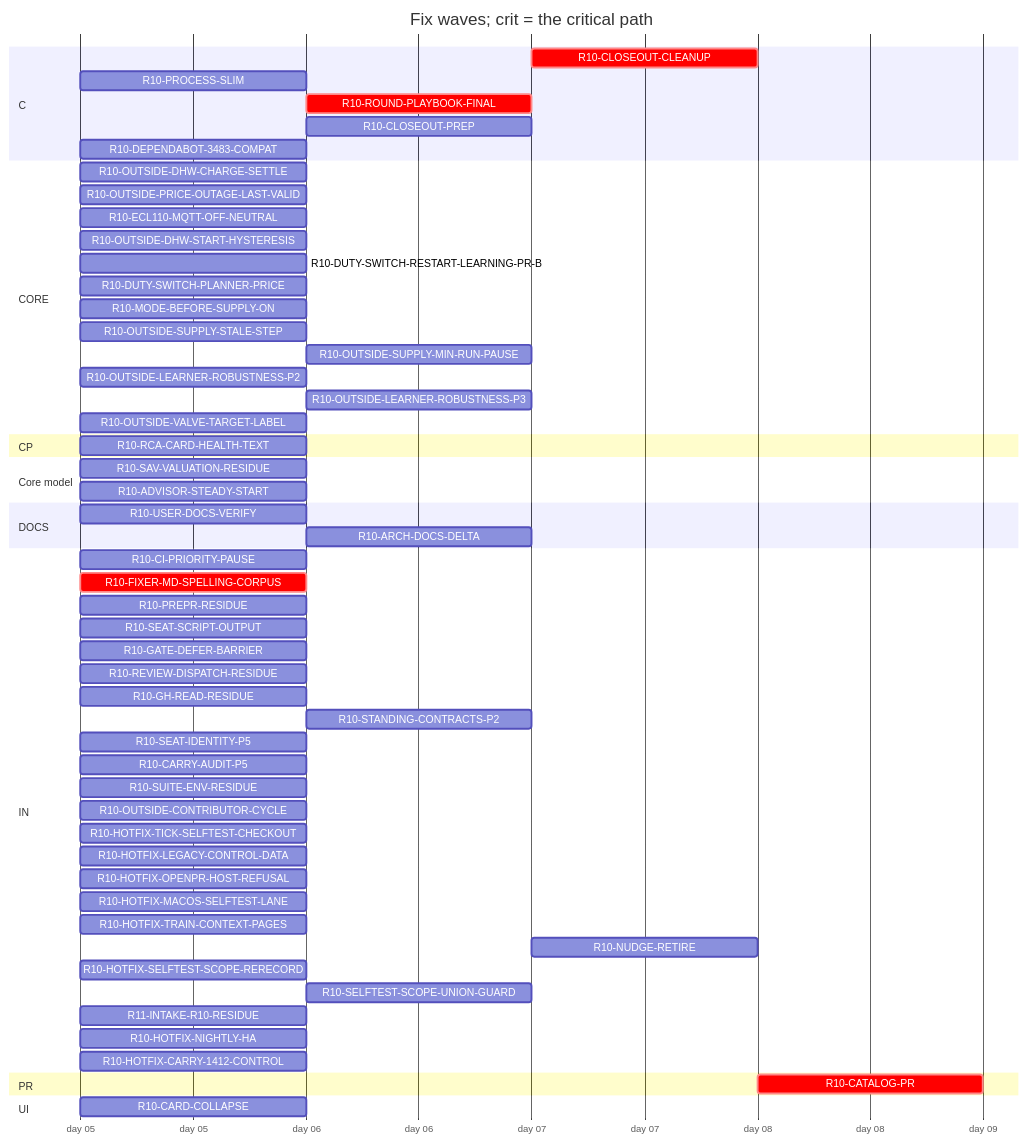
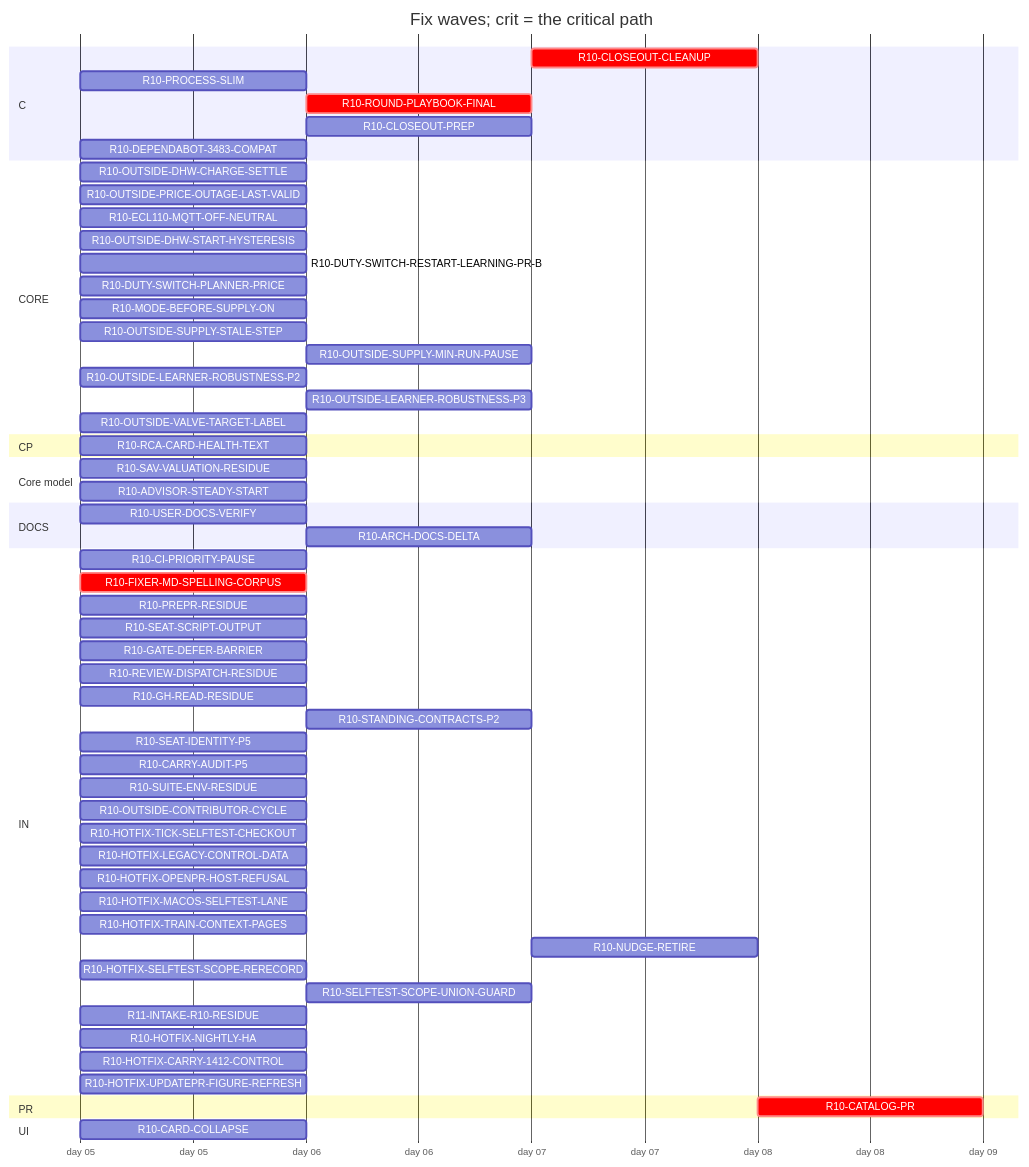
Before and after one commit to tvofi/heatpump_optimizer: the diagram in handoff/round10/state/PLAN-TABLE.md, drawn with Mermaid. The commit also changed other lines of this file and 3 other files, not shown here.

Commit message:
state: FLOW-BOARD.md, NEXT-SESSION-PROMPT.md, PLAN-TABLE.md, RESUME-CURRENT.md regenerated (state_docs.py)

````diff
--- a/handoff/round10/state/PLAN-TABLE.md
+++ b/handoff/round10/state/PLAN-TABLE.md
@@ -21,61 +21,62 @@
 ```mermaid
 gantt
   title Fix waves; crit = the critical path
   dateFormat YYYY-MM-DD
   axisFormat day %d
   section C
     R10-CLOSEOUT-CLEANUP :crit, r10CLOSEOUTCLEANUP, after r10USERDOCSVERIFY r10ROUNDPLAYBOOKFINAL r10CLOSEOUTPREP r10ARCHDOCSDELTA, 1d
     R10-PROCESS-SLIM :r10PROCESSSLIM, 2026-01-05, 1d
     R10-ROUND-PLAYBOOK-FINAL :crit, r10ROUNDPLAYBOOKFINAL, after r10FIXERMDSPELLINGCORPUS, 1d
     R10-CLOSEOUT-PREP :r10CLOSEOUTPREP, after r10FIXERMDSPELLINGCORPUS, 1d
     R10-DEPENDABOT-3483-COMPAT :r10DEPENDABOT3483COMPAT, 2026-01-05, 1d
   section CORE
     R10-OUTSIDE-DHW-CHARGE-SETTLE :r10OUTSIDEDHWCHARGESETTLE, 2026-01-05, 1d
     R10-OUTSIDE-PRICE-OUTAGE-LAST-VALID :r10OUTSIDEPRICEOUTAGELASTVALID, 2026-01-05, 1d
     R10-ECL110-MQTT-OFF-NEUTRAL :r10ECL110MQTTOFFNEUTRAL, 2026-01-05, 1d
     R10-OUTSIDE-DHW-START-HYSTERESIS :r10OUTSIDEDHWSTARTHYSTERESIS, 2026-01-05, 1d
     R10-DUTY-SWITCH-RESTART-LEARNING-PR-B :r10DUTYSWITCHRESTARTLEARNINGPRB, 2026-01-05, 1d
     R10-DUTY-SWITCH-PLANNER-PRICE :r10DUTYSWITCHPLANNERPRICE, 2026-01-05, 1d
     R10-MODE-BEFORE-SUPPLY-ON :r10MODEBEFORESUPPLYON, 2026-01-05, 1d
     R10-OUTSIDE-SUPPLY-STALE-STEP :r10OUTSIDESUPPLYSTALESTEP, 2026-01-05, 1d
     R10-OUTSIDE-SUPPLY-MIN-RUN-PAUSE :r10OUTSIDESUPPLYMINRUNPAUSE, after r10OUTSIDESUPPLYSTALESTEP, 1d
     R10-OUTSIDE-LEARNER-ROBUSTNESS-P2 :r10OUTSIDELEARNERROBUSTNESSP2, 2026-01-05, 1d
     R10-OUTSIDE-LEARNER-ROBUSTNESS-P3 :r10OUTSIDELEARNERROBUSTNESSP3, after r10OUTSIDELEARNERROBUSTNESSP2, 1d
     R10-OUTSIDE-VALVE-TARGET-LABEL :r10OUTSIDEVALVETARGETLABEL, 2026-01-05, 1d
   section CP
     R10-RCA-CARD-HEALTH-TEXT :r10RCACARDHEALTHTEXT, 2026-01-05, 1d
   section Core model
     R10-SAV-VALUATION-RESIDUE :r10SAVVALUATIONRESIDUE, 2026-01-05, 1d
     R10-ADVISOR-STEADY-START :r10ADVISORSTEADYSTART, 2026-01-05, 1d
   section DOCS
     R10-USER-DOCS-VERIFY :r10USERDOCSVERIFY, 2026-01-05, 1d
     R10-ARCH-DOCS-DELTA :r10ARCHDOCSDELTA, after r10SAVVALUATIONRESIDUE r10ADVISORSTEADYSTART r10PROCESSSLIM, 1d
   section IN
     R10-CI-PRIORITY-PAUSE :r10CIPRIORITYPAUSE, 2026-01-05, 1d
     R10-FIXER-MD-SPELLING-CORPUS :crit, r10FIXERMDSPELLINGCORPUS, 2026-01-05, 1d
     R10-PREPR-RESIDUE :r10PREPRRESIDUE, 2026-01-05, 1d
     R10-SEAT-SCRIPT-OUTPUT :r10SEATSCRIPTOUTPUT, 2026-01-05, 1d
     R10-GATE-DEFER-BARRIER :r10GATEDEFERBARRIER, 2026-01-05, 1d
     R10-REVIEW-DISPATCH-RESIDUE :r10REVIEWDISPATCHRESIDUE, 2026-01-05, 1d
     R10-GH-READ-RESIDUE :r10GHREADRESIDUE, 2026-01-05, 1d
     R10-STANDING-CONTRACTS-P2 :r10STANDINGCONTRACTSP2, after r10FIXERMDSPELLINGCORPUS, 1d
     R10-SEAT-IDENTITY-P5 :r10SEATIDENTITYP5, 2026-01-05, 1d
     R10-CARRY-AUDIT-P5 :r10CARRYAUDITP5, 2026-01-05, 1d
     R10-SUITE-ENV-RESIDUE :r10SUITEENVRESIDUE, 2026-01-05, 1d
     R10-OUTSIDE-CONTRIBUTOR-CYCLE :r10OUTSIDECONTRIBUTORCYCLE, 2026-01-05, 1d
     R10-HOTFIX-TICK-SELFTEST-CHECKOUT :r10HOTFIXTICKSELFTESTCHECKOUT, 2026-01-05, 1d
     R10-HOTFIX-LEGACY-CONTROL-DATA :r10HOTFIXLEGACYCONTROLDATA, 2026-01-05, 1d
     R10-HOTFIX-OPENPR-HOST-REFUSAL :r10HOTFIXOPENPRHOSTREFUSAL, 2026-01-05, 1d
     R10-HOTFIX-MACOS-SELFTEST-LANE :r10HOTFIXMACOSSELFTESTLANE, 2026-01-05, 1d
     R10-HOTFIX-TRAIN-CONTEXT-PAGES :r10HOTFIXTRAINCONTEXTPAGES, 2026-01-05, 1d
     R10-NUDGE-RETIRE :r10NUDGERETIRE, after r10ROUNDPLAYBOOKFINAL, 1d
     R10-HOTFIX-SELFTEST-SCOPE-RERECORD :r10HOTFIXSELFTESTSCOPERERECORD, 2026-01-05, 1d
     R10-SELFTEST-SCOPE-UNION-GUARD :r10SELFTESTSCOPEUNIONGUARD, after r10HOTFIXSELFTESTSCOPERERECORD, 1d
     R11-INTAKE-R10-RESIDUE :r11INTAKER10RESIDUE, 2026-01-05, 1d
     R10-HOTFIX-NIGHTLY-HA :r10HOTFIXNIGHTLYHA, 2026-01-05, 1d
     R10-HOTFIX-CARRY-1412-CONTROL :r10HOTFIXCARRY1412CONTROL, 2026-01-05, 1d
+    R10-HOTFIX-UPDATEPR-FIGURE-REFRESH :r10HOTFIXUPDATEPRFIGUREREFRESH, 2026-01-05, 1d
   section PR
     R10-CATALOG-PR :crit, r10CATALOGPR, after r10USERDOCSVERIFY r10ROUNDPLAYBOOKFINAL r10CLOSEOUTCLEANUP r10CLOSEOUTPREP r10ARCHDOCSDELTA, 1d
   section UI
     R10-CARD-COLLAPSE :r10CARDCOLLAPSE, 2026-01-05, 1d
 ```
````
